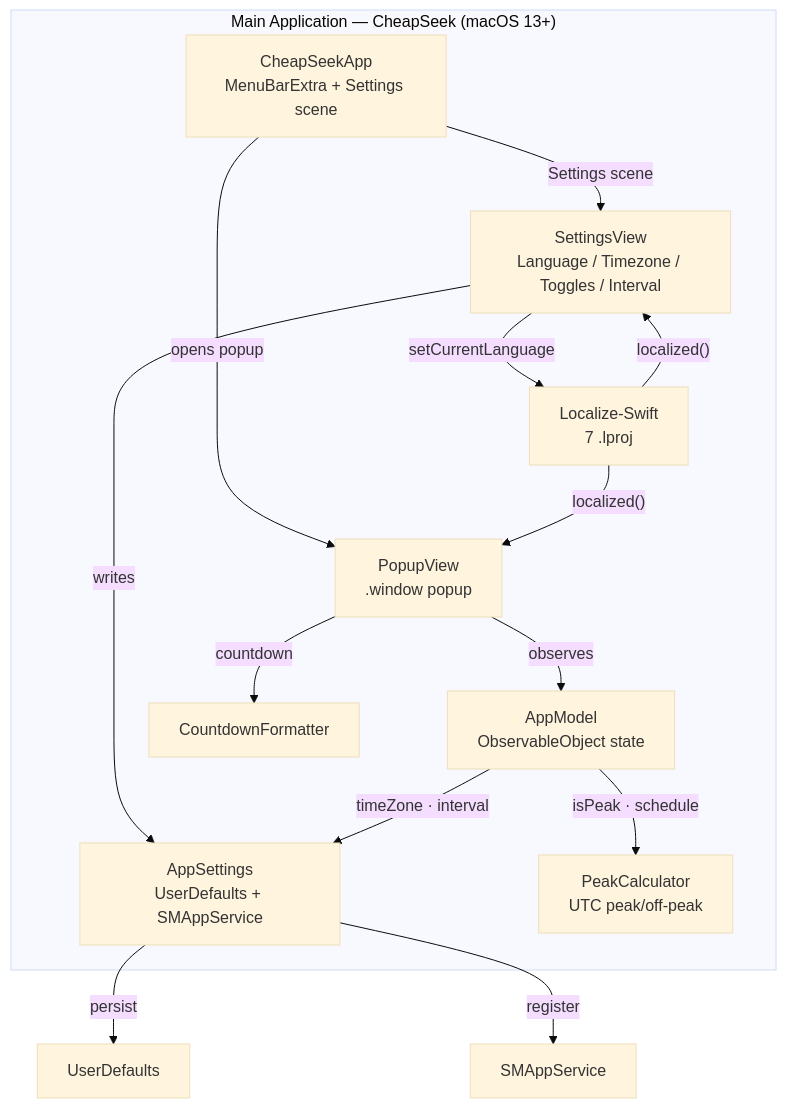
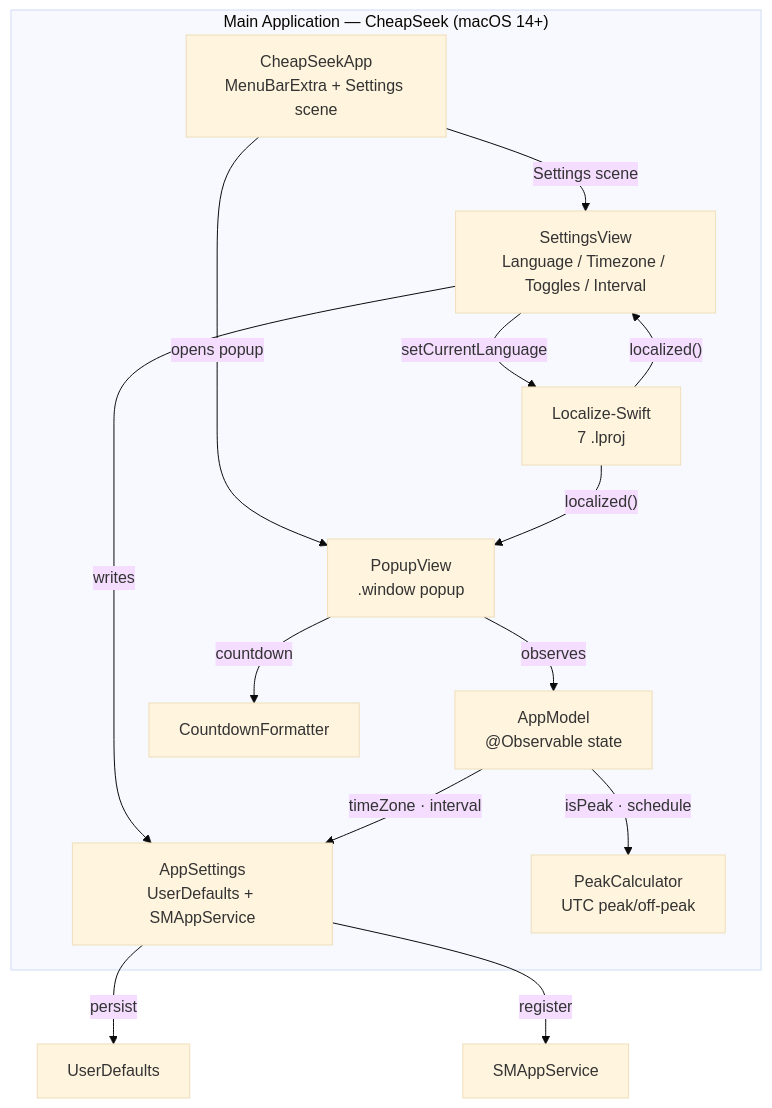
One commit to mahirfatih/cheapseek changed the diagram in README.md. Above: the diagram before and after it, drawn with Mermaid (base theme). The commit also changed other lines of this file and 39 other files, not shown here.

````diff
--- a/README.md
+++ b/README.md
@@ -46,26 +46,26 @@
 ```mermaid
 graph TD
-    subgraph App["Main Application — CheapSeek (macOS 13+)"]
+    subgraph App["Main Application — CheapSeek (macOS 14+)"]
         Entry["CheapSeekApp<br/>MenuBarExtra + Settings scene"]
         Popup["PopupView<br/>.window popup"]
         Settings["SettingsView<br/>Language / Timezone / Toggles / Interval"]
-        Model["AppModel<br/>ObservableObject state"]
+        Model["AppModel<br/>@Observable state"]
         Config["AppSettings<br/>UserDefaults + SMAppService"]
         Core["PeakCalculator<br/>UTC peak/off-peak"]
         Fmt["CountdownFormatter"]
         L10n["Localize-Swift<br/>7 .lproj"]
     end
 
     Entry -->|"opens popup"| Popup
     Entry -->|"Settings scene"| Settings
     Popup -->|"observes"| Model
     Popup -->|"countdown"| Fmt
     Settings -->|"writes"| Config
     Settings -->|"setCurrentLanguage"| L10n
     Model -->|"isPeak · schedule"| Core
     Model -->|"timeZone · interval"| Config
     Config -->|"persist"| Store["UserDefaults"]
     Config -->|"register"| SM["SMAppService"]
     L10n -->|"localized()"| Popup
     L10n -->|"localized()"| Settings
 ```
````
